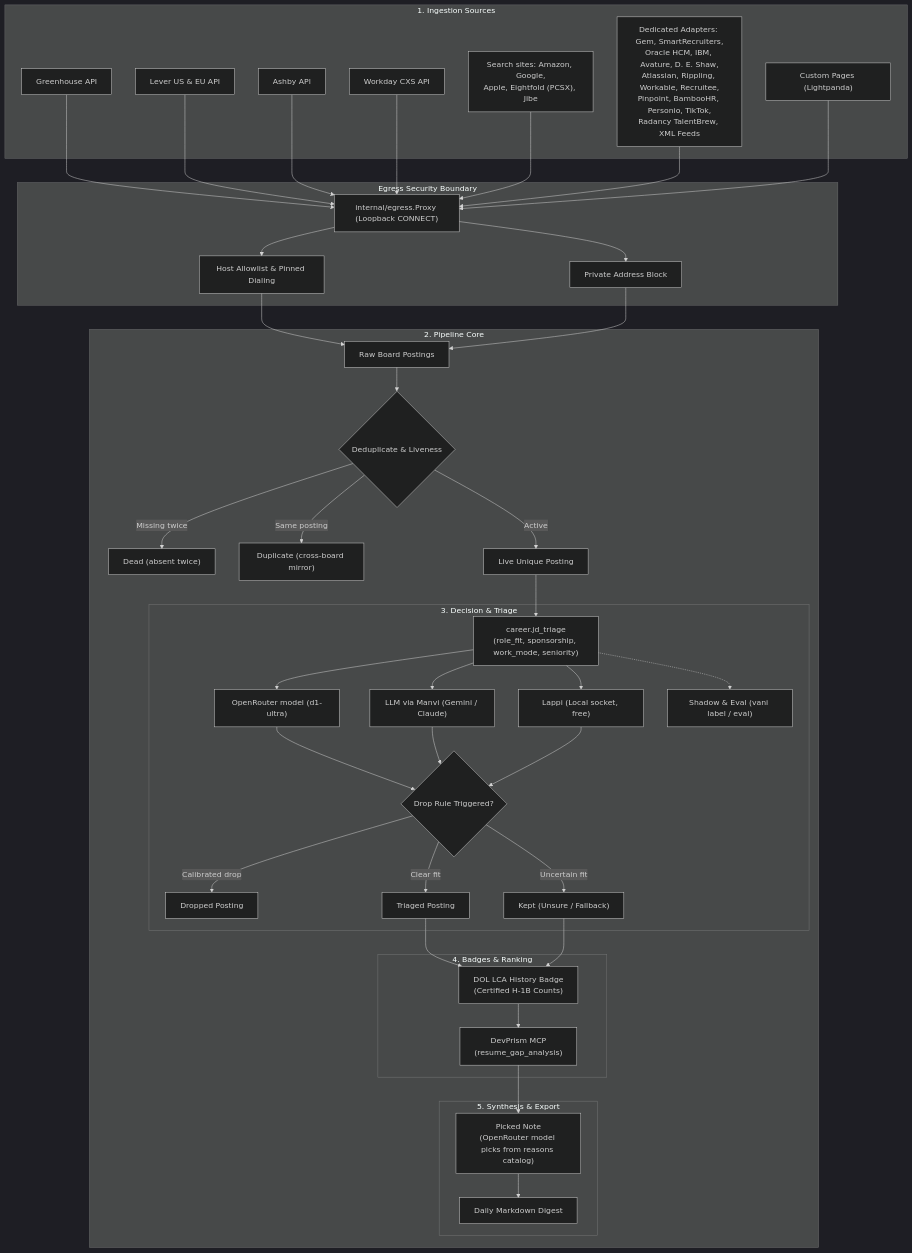
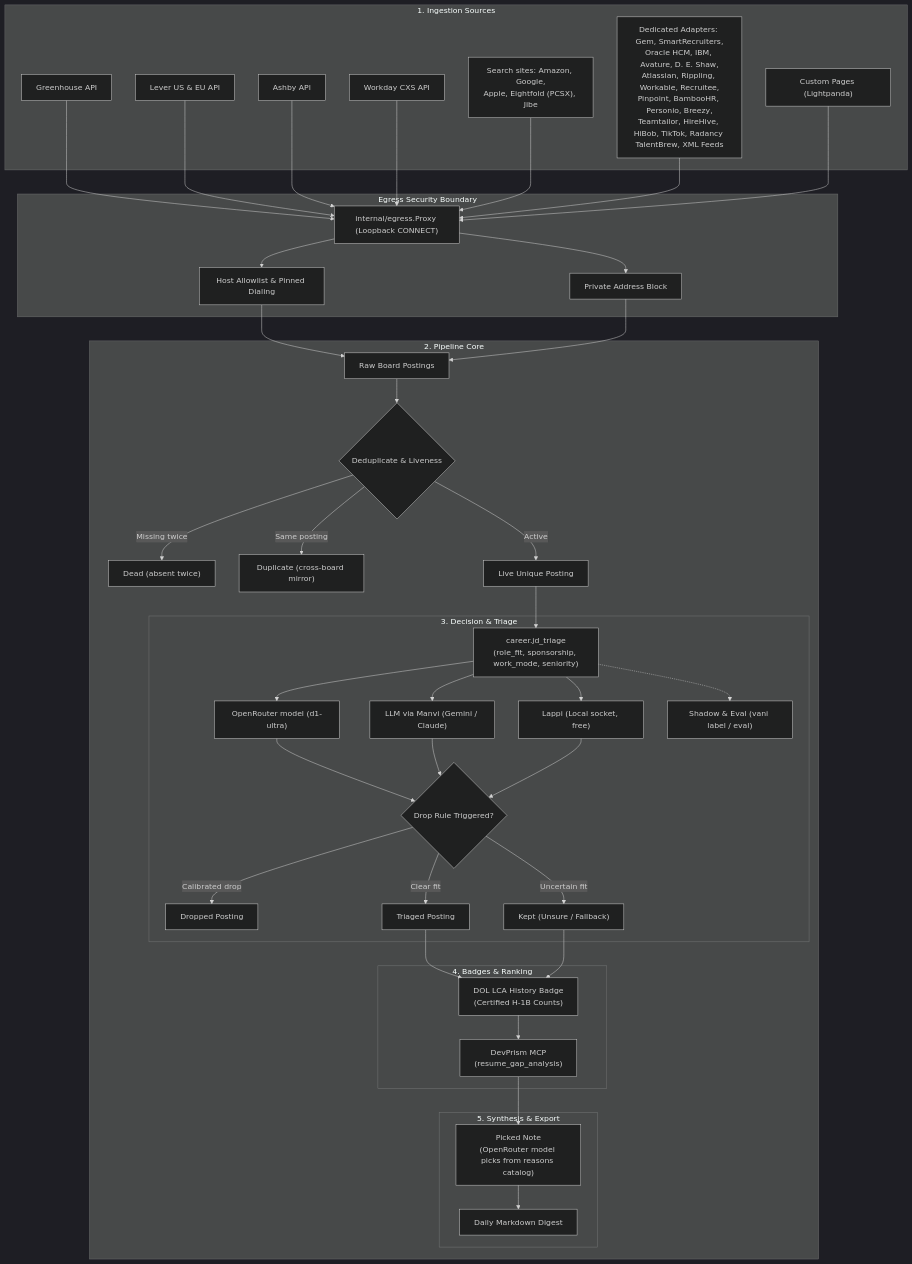
One commit to bharathvbcr/vani changed the first of 4 diagrams in README.md. Above: the diagram before and after it, drawn with Mermaid (dark theme). The commit also changed other lines of this file and 41 other files, not shown here.

First line of the commit message:
sources: Breezy, Teamtailor, HireHive and HiBob boards; no reads a kept body discards; bounded Eightfold details

````diff
--- a/README.md
+++ b/README.md
@@ -89,69 +90,69 @@
 ```mermaid
 flowchart TD
     subgraph Sources["1. Ingestion Sources"]
         GH["Greenhouse API"]
         LV["Lever US & EU API"]
         AB["Ashby API"]
         WD["Workday CXS API"]
         SS["Search sites: Amazon, Google,\nApple, Eightfold (PCSX), Jibe"]
-        AD["Dedicated Adapters: Gem, SmartRecruiters,\nOracle HCM, IBM, Avature, D. E. Shaw,\nAtlassian, Rippling, Workable, Recruitee,\nPinpoint, BambooHR, Personio, TikTok,\nRadancy TalentBrew, XML Feeds"]
+        AD["Dedicated Adapters: Gem, SmartRecruiters,\nOracle HCM, IBM, Avature, D. E. Shaw,\nAtlassian, Rippling, Workable, Recruitee,\nPinpoint, BambooHR, Personio, Breezy,\nTeamtailor, HireHive, HiBob, TikTok, Radancy TalentBrew, XML Feeds"]
         PG["Custom Pages (Lightpanda)"]
     end
 
     subgraph Egress["Egress Security Boundary"]
         EP["internal/egress.Proxy (Loopback CONNECT)"]
         AL["Host Allowlist & Pinned Dialing"]
         PB["Private Address Block"]
     end
 
     subgraph Pipeline["2. Pipeline Core"]
         RAW["Raw Board Postings"]
         DEDUP{"Deduplicate & Liveness"}
         DEAD["Dead (absent twice)"]
         DUP["Duplicate (cross-board mirror)"]
         LIVE["Live Unique Posting"]
 
         subgraph Triage["3. Decision & Triage"]
             TR["career.jd_triage\n(role_fit, sponsorship, work_mode, seniority)"]
             ORT["OpenRouter model (d1-ultra)"]
             LLM["LLM via Manvi (Gemini / Claude)"]
             LAP["Lappi (Local socket, free)"]
             SHADOW["Shadow & Eval (vani label / eval)"]
             DROP_RULE{"Drop Rule Triggered?"}
             DROP["Dropped Posting"]
             UNSURE["Kept (Unsure / Fallback)"]
             TRIAGED["Triaged Posting"]
         end
 
         subgraph Enrich["4. Badges & Ranking"]
             LCA["DOL LCA History Badge\n(Certified H-1B Counts)"]
             DEVPRISM["DevPrism MCP\n(resume_gap_analysis)"]
         end
 
         subgraph Output["5. Synthesis & Export"]
             EXP["Picked Note\n(OpenRouter model picks from reasons catalog)"]
             DIGEST["Daily Markdown Digest"]
         end
     end
 
     GH & LV & AB & WD & SS & AD --> EP
     PG --> EP
     EP --> AL & PB --> RAW
     RAW --> DEDUP
     DEDUP -->|Missing twice| DEAD
     DEDUP -->|Same posting| DUP
     DEDUP -->|Active| LIVE
 
     LIVE --> TR
     TR --> ORT & LLM & LAP
     TR -.-> SHADOW
     ORT & LLM & LAP --> DROP_RULE
     DROP_RULE -->|Calibrated drop| DROP
     DROP_RULE -->|Uncertain fit| UNSURE
     DROP_RULE -->|Clear fit| TRIAGED
 
     TRIAGED & UNSURE --> LCA
     LCA --> DEVPRISM
     DEVPRISM --> EXP
     EXP --> DIGEST
 ```
````
